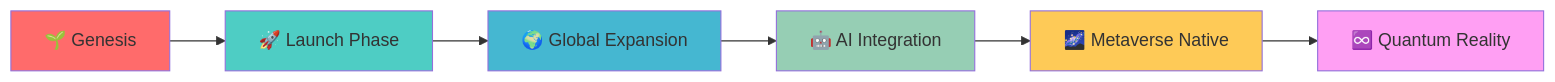
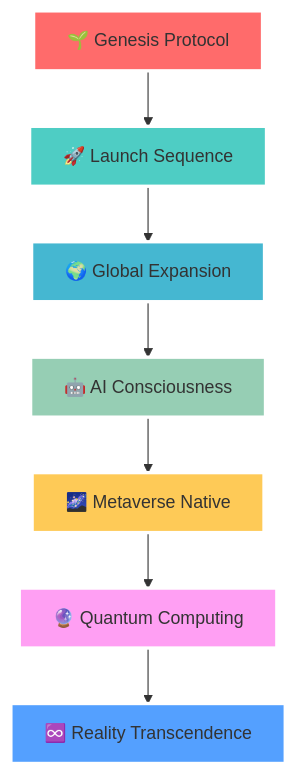
Before and after one commit to 20sdeveloper/20sdeveloper: the diagram in README.md, drawn with Mermaid. The commit also changed other lines of this file, not shown here.

````diff
--- a/README.md
+++ b/README.md
@@ -154,15 +378,17 @@
 ```mermaid
-graph LR
-    A[🌱 Genesis] --> B[🚀 Launch Phase]
+graph TB
+    A[🌱 Genesis Protocol] --> B[🚀 Launch Sequence]
     B --> C[🌍 Global Expansion]
-    C --> D[🤖 AI Integration]
+    C --> D[🤖 AI Consciousness]
     D --> E[🌌 Metaverse Native]
-    E --> F[♾️ Quantum Reality]
+    E --> F[🔮 Quantum Computing]
+    F --> G[♾️ Reality Transcendence]
     
-    style A fill:#ff6b6b
-    style B fill:#4ecdc4
-    style C fill:#45b7d1
-    style D fill:#96ceb4
-    style E fill:#feca57
-    style F fill:#ff9ff3
+    style A fill:#ff6b6b,stroke:#fff,stroke-width:3px
+    style B fill:#4ecdc4,stroke:#fff,stroke-width:3px
+    style C fill:#45b7d1,stroke:#fff,stroke-width:3px
+    style D fill:#96ceb4,stroke:#fff,stroke-width:3px
+    style E fill:#feca57,stroke:#fff,stroke-width:3px
+    style F fill:#ff9ff3,stroke:#fff,stroke-width:3px
+    style G fill:#54a0ff,stroke:#fff,stroke-width:3px
 ```
````
